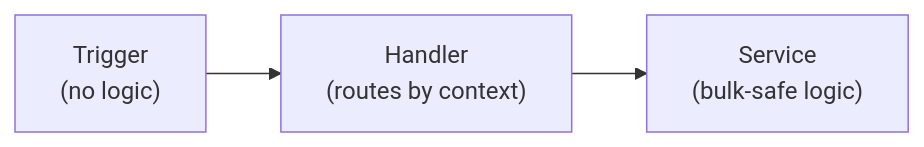
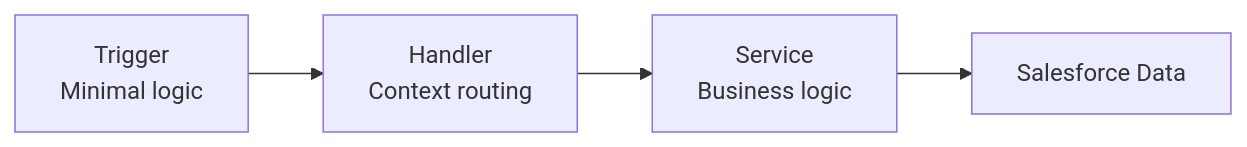
Before and after one commit to farhanimdad/HR-Work-Management-System: the second of 3 diagrams in README.md, drawn with Mermaid. The commit also changed other lines of this file, not shown here.

````diff
--- a/README.md
+++ b/README.md
@@ -80,4 +114,5 @@
 ```mermaid
 flowchart LR
-    T["Trigger<br/>(no logic)"] --> H["Handler<br/>(routes by context)"] --> S["Service<br/>(bulk-safe logic)"]
+    T["Trigger<br/>Minimal logic"] --> H["Handler<br/>Context routing"] --> S["Service<br/>Business logic"]
+    S --> D["Salesforce Data"]
 ```
````
